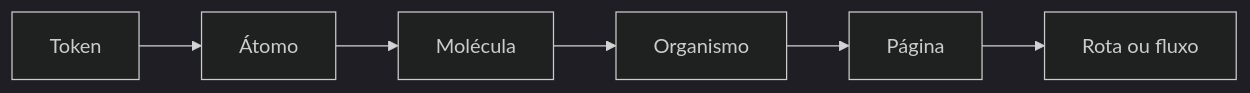
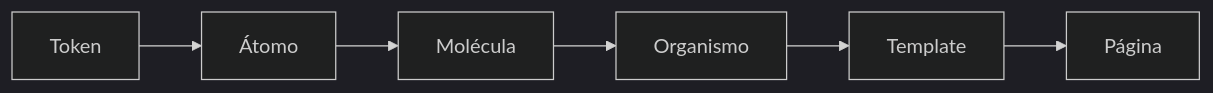
One commit to CALLBACK-Online/aiox-advanced-brain changed the diagram in cursos/AIOX-Design/aulas/10-taxonomia-atomica.md. Above: the diagram before and after it, drawn with Mermaid (dark theme). The commit also changed other lines of this file and 324 other files, not shown here.

````diff
--- a/cursos/AIOX-Design/aulas/10-taxonomia-atomica.md
+++ b/cursos/AIOX-Design/aulas/10-taxonomia-atomica.md
@@ -27,8 +27,8 @@
 ```mermaid
 flowchart LR
   T["Token"] --> A["Átomo"]
   A --> M["Molécula"]
   M --> O["Organismo"]
-  O --> P["Página"]
-  P --> R["Rota ou fluxo"]
+  O --> Tp["Template"]
+  Tp --> P["Página"]
 ```
````
